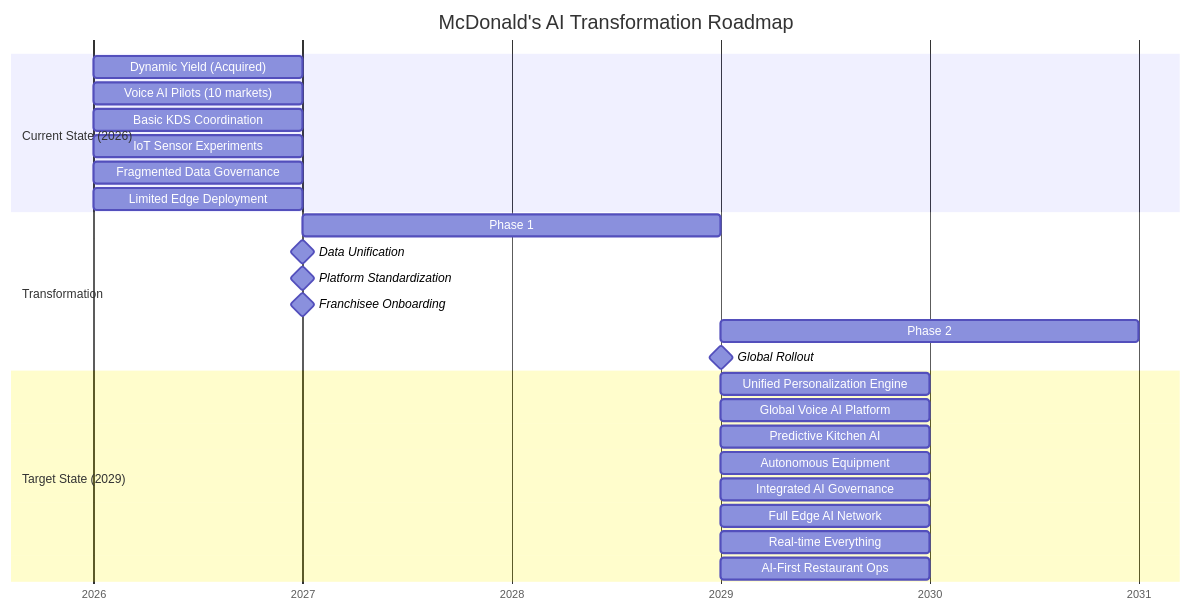
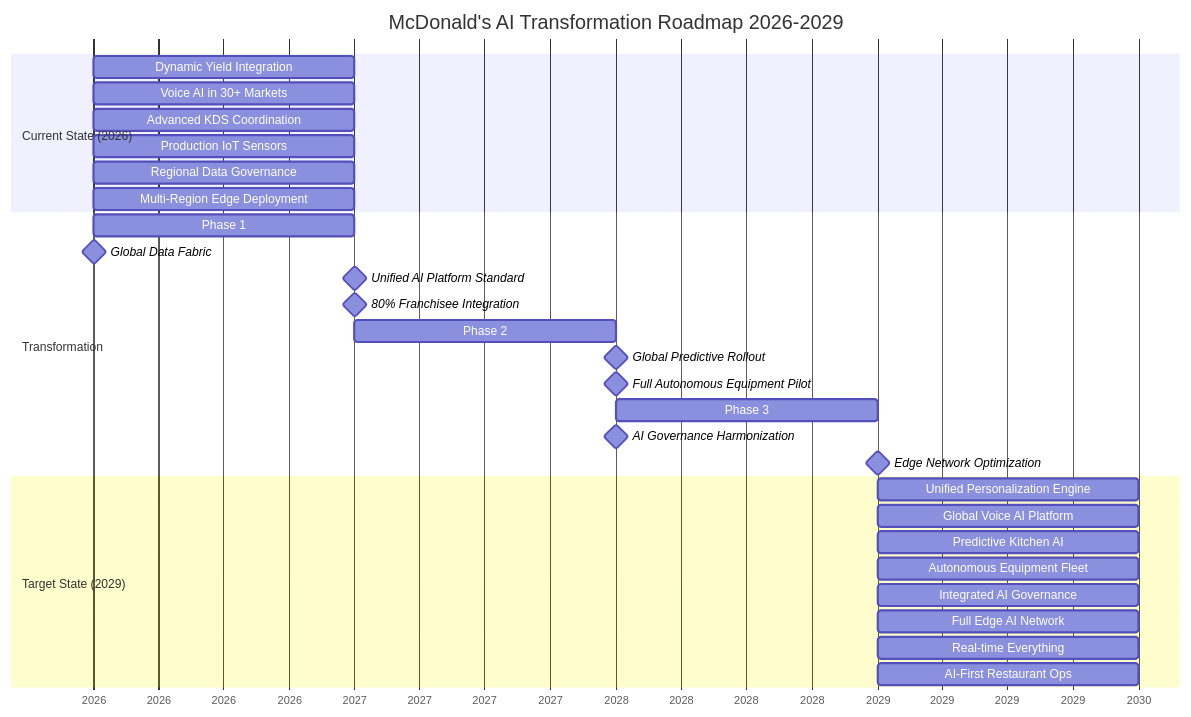
One commit to manuelbomi/Enterprise-Architecture-for-McDonald-s-AI-Data-Driven-Transformation-An-Architect-s-Strategic-Bluepr changed the first of 3 diagrams in README.md. Above: the diagram before and after it, drawn with Mermaid. The commit also changed other lines of this file, not shown here.

````diff
--- a/README.md
+++ b/README.md
@@ -61,33 +61,38 @@
 ```mermaid
 gantt
-    title McDonald's AI Transformation Roadmap
+    title McDonald's AI Transformation Roadmap 2026-2029
     dateFormat  YYYY
     axisFormat  %Y
     
     section Current State (2026)
-    Dynamic Yield (Acquired) :2026, 1y
-    Voice AI Pilots (10 markets) :2026, 1y
-    Basic KDS Coordination :2026, 1y
-    IoT Sensor Experiments :2026, 1y
-    Fragmented Data Governance :2026, 1y
-    Limited Edge Deployment :2026, 1y
+    Dynamic Yield Integration :2026, 1y
+    Voice AI in 30+ Markets :2026, 1y
+    Advanced KDS Coordination :2026, 1y
+    Production IoT Sensors :2026, 1y
+    Regional Data Governance :2026, 1y
+    Multi-Region Edge Deployment :2026, 1y
     
     section Transformation
-    Phase 1: Foundation :2027, 2y
-    Data Unification :milestone, 2027, 1d
-    Platform Standardization :milestone, 2027, 1d
-    Franchisee Onboarding :milestone, 2027, 1d
+    Phase 1: Global Foundation :2026, 1.5y
+    Global Data Fabric :milestone, 2026, 1d
+    Unified AI Platform Standard :milestone, 2027, 1d
+    80% Franchisee Integration :milestone, 2027, 1d
     
-    Phase 2: Scale :2029, 2y
-    Global Rollout :milestone, 2029, 1d
+    Phase 2: AI at Scale :2027, 1.5y
+    Global Predictive Rollout :milestone, 2028, 1d
+    Full Autonomous Equipment Pilot :milestone, 2028, 1d
+    
+    Phase 3: Maturity :2028, 1y
+    AI Governance Harmonization :milestone, 2028, 1d
+    Edge Network Optimization :milestone, 2029, 1d
     
     section Target State (2029)
     Unified Personalization Engine :2029, 1y
     Global Voice AI Platform :2029, 1y
     Predictive Kitchen AI :2029, 1y
-    Autonomous Equipment :2029, 1y
+    Autonomous Equipment Fleet :2029, 1y
     Integrated AI Governance :2029, 1y
     Full Edge AI Network :2029, 1y
     Real-time Everything :2029, 1y
     AI-First Restaurant Ops :2029, 1y
 ```
````
